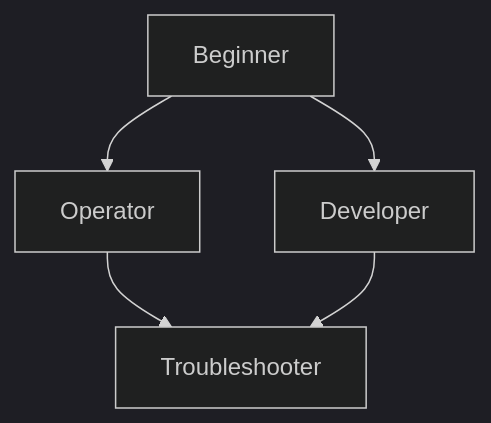
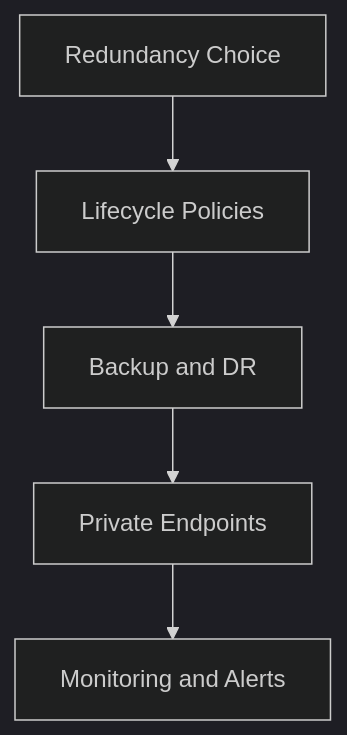
Before and after one commit to yeongseon/azure-storage-practical-guide: the fourth of 5 diagrams in docs/start-here/learning-paths.md, drawn with Mermaid (dark theme). The commit also changed other lines of this file, not shown here.

````diff
--- a/docs/start-here/learning-paths.md
+++ b/docs/start-here/learning-paths.md
@@ -26,7 +154,7 @@
 ```mermaid
-graph TD
-    B[Beginner] --> D[Developer]
-    B --> O[Operator]
-    O --> T[Troubleshooter]
-    D --> T
+flowchart TD
+    A[Redundancy Choice] --> B[Lifecycle Policies]
+    B --> C[Backup and DR]
+    C --> D[Private Endpoints]
+    D --> E[Monitoring and Alerts]
 ```
````
